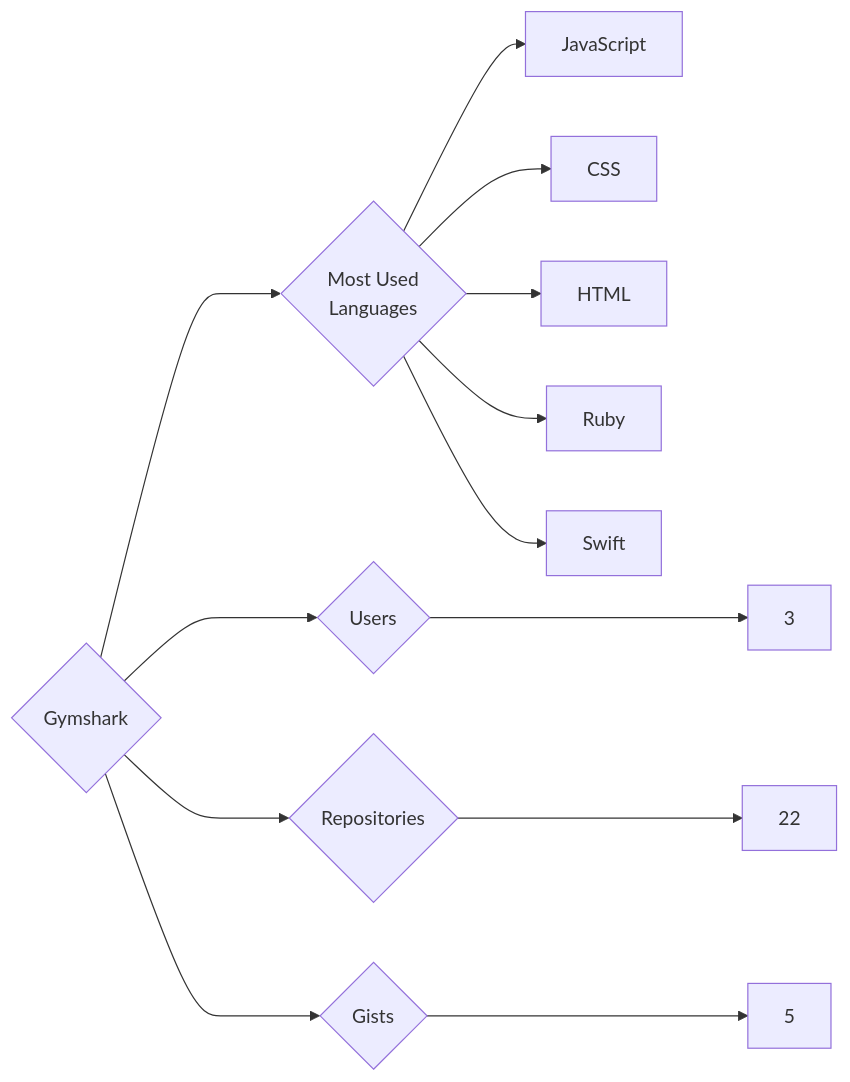
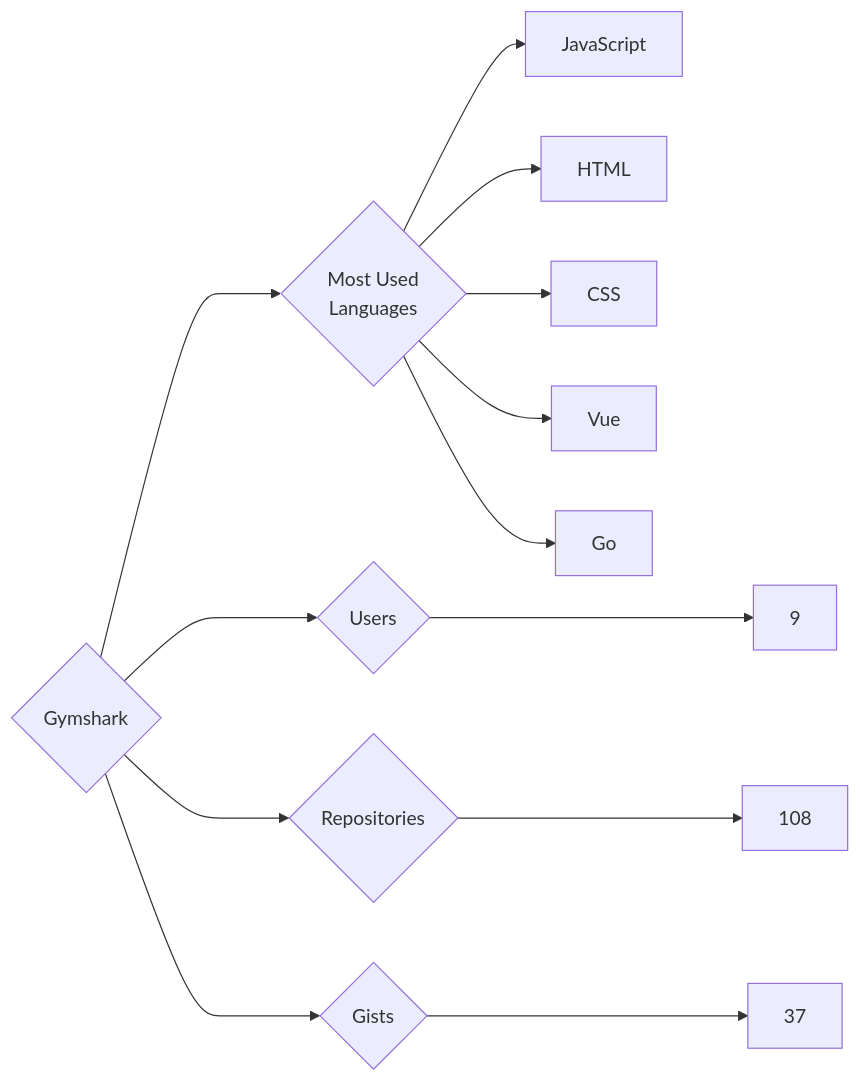
One commit to trickest/insiders changed the diagram in targets/Gymshark/README.md. Above: the diagram before and after it, drawn with Mermaid. The commit also changed 873 other files, not shown here.

````diff
--- a/targets/Gymshark/README.md
+++ b/targets/Gymshark/README.md
@@ -3,13 +3,13 @@
 ```mermaid
 graph LR
 COMPANY_NAME{Gymshark}
-COMPANY_NAME ---> U{Users} ---> UN[3]
-COMPANY_NAME ---> R{Repositories} ---> RN[22]
-COMPANY_NAME ---> G{Gists} ---> GN[5]
+COMPANY_NAME ---> U{Users} ---> UN[9]
+COMPANY_NAME ---> R{Repositories} ---> RN[108]
+COMPANY_NAME ---> G{Gists} ---> GN[37]
 COMPANY_NAME ---> ML{Most Used<br>Languages}
 ML --> JavaScript[JavaScript]
+ML --> HTML[HTML]
 ML --> CSS[CSS]
-ML --> HTML[HTML]
-ML --> Ruby[Ruby]
-ML --> Swift[Swift]
+ML --> Vue[Vue]
+ML --> Go[Go]
 ```
````
